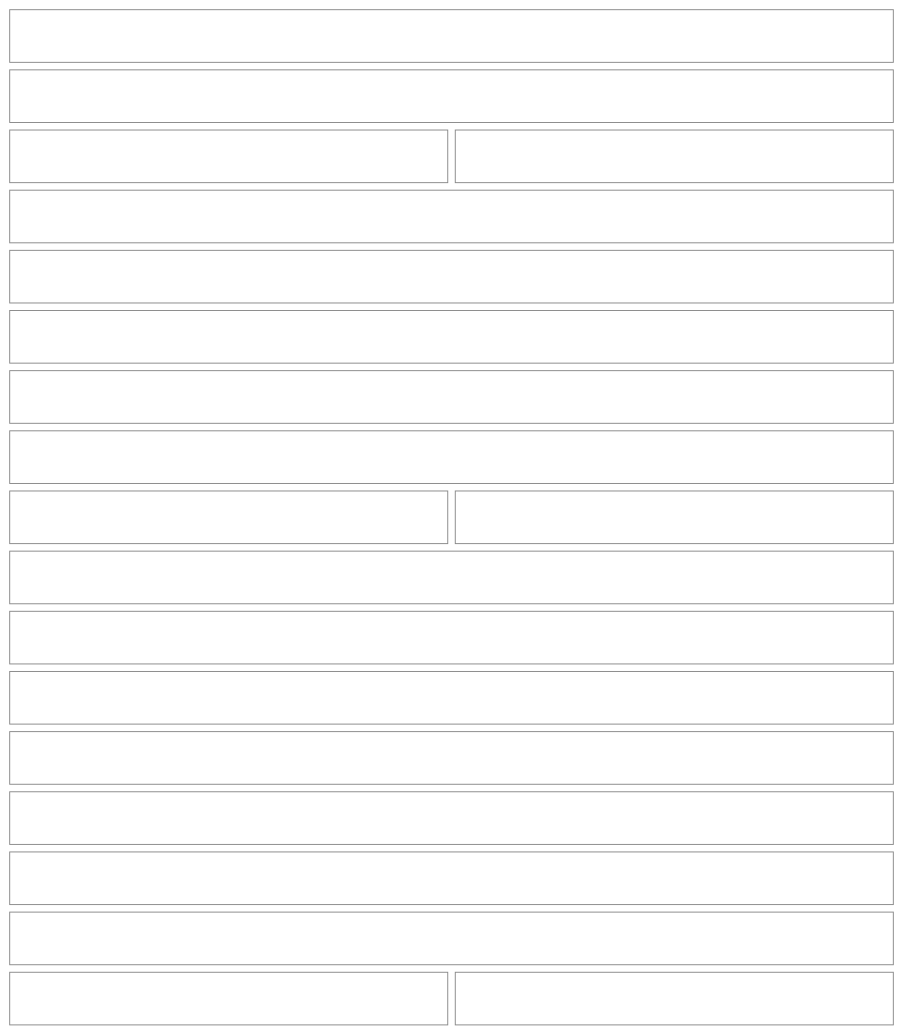
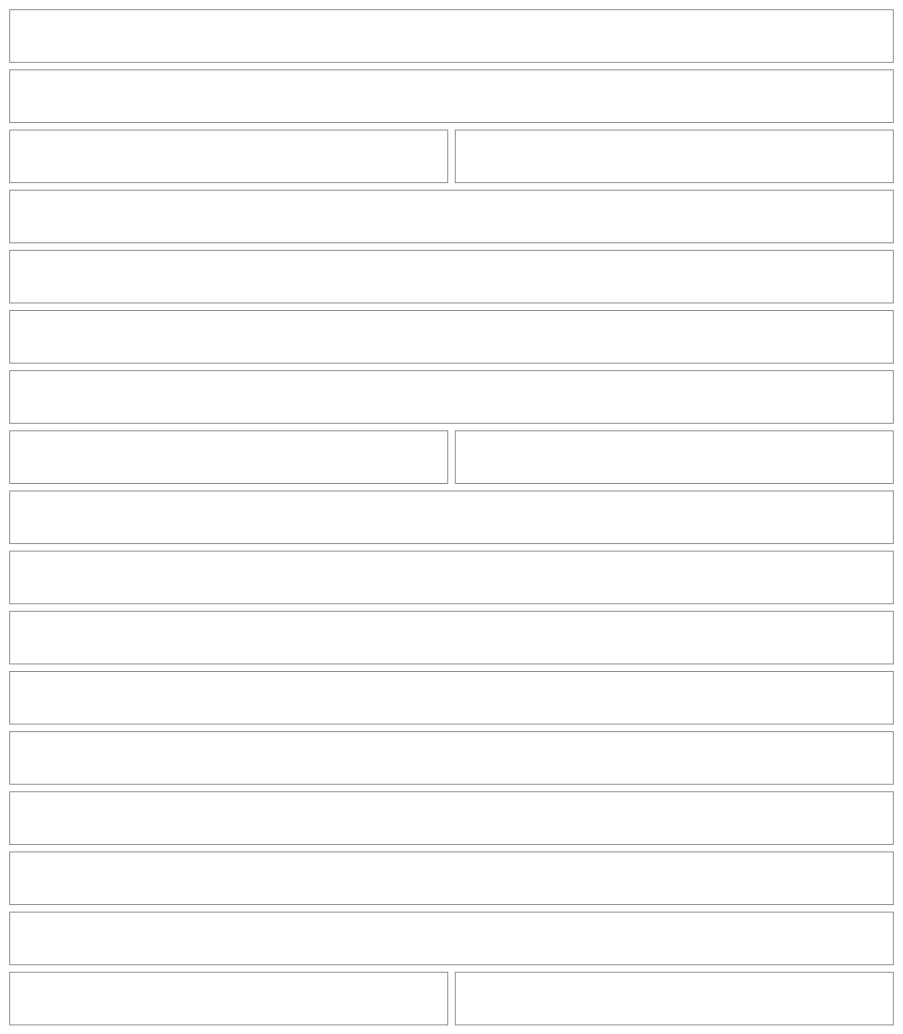
One commit to NovaMoonX/moondreams-dev-apps changed diagram 19 of 54 in src/apps/pinch/UX.md. Above: the diagram before and after it, drawn with Mermaid. The commit also changed other lines of this file and 163 other files, not shown here.

````diff
--- a/src/apps/pinch/UX.md
+++ b/src/apps/pinch/UX.md
@@ -624,45 +610,45 @@
 ```mermaid
 %%{init: {'theme': 'base', 'themeVariables': {'primaryColor': 'transparent', 'primaryBorderColor': '#888888', 'primaryTextColor': '#333333', 'lineColor': '#888888'}}}%%
 block-beta
   columns 2
   E1["‹ Adobo chicken"]:2
   E2["Title<br/>Adobo chicken  ›"]:2
   E3["Servings"]:1
   E4["[ − 4 + ]"]:1
   E5["Prep and cook<br/>Prep 10 min · Cook 35 min  ›"]:2
+  E7["Description<br/>Sticky, tangy chicken thighs…  ›"]:2
   E6["Photo"]:2
-  E7["Description<br/>Sticky, tangy chicken thighs…  ›"]:2
-  E19["WHERE IT'S FROM<br/>+ New source · Mom's recipe cards · NYT Cooking · Serious Eats"]:2
-  E9["INGREDIENTS 6"]:2
+  E9["INGREDIENTS (a count only past 10)"]:2
   E10["Chicken thighs"]:1
   E11["2 lb"]:1
   E12["+ Add ingredient"]:2
   E13["STEPS"]:2
   E14["+ Add a step"]:2
+  E19["WHERE IT'S FROM<br/>+ New source · Mom's recipe cards · Serious Eats (sources on a recipe)"]:2
   E21["Keeping it<br/>Fridge 3 days, freezer 3 months, reheating, tip  ›"]:2
   E15["NUTRITION · calculated, per serving   Edit"]:2
   E16["🔥 495 · 💪 61g · 🌾 3g · 🥑 25g"]:2
   E20["What changed and why? (only for a recipe you've cooked) · Optional. Saving adds a note with today's date and what you changed."]:2
   E17["Cancel"]:1
   E18["Save"]:1
   style E1 fill:transparent,stroke:#888888,stroke-width:1px;
   style E2 fill:transparent,stroke:#888888,stroke-width:1px;
   style E3 fill:transparent,stroke:#888888,stroke-width:1px;
   style E4 fill:transparent,stroke:#888888,stroke-width:1px;
   style E5 fill:transparent,stroke:#888888,stroke-width:1px;
   style E6 fill:transparent,stroke:#888888,stroke-width:1px;
   style E7 fill:transparent,stroke:#888888,stroke-width:1px;
   style E19 fill:transparent,stroke:#888888,stroke-width:1px;
   style E9 fill:transparent,stroke:#888888,stroke-width:1px;
   style E10 fill:transparent,stroke:#888888,stroke-width:1px;
   style E11 fill:transparent,stroke:#888888,stroke-width:1px;
   style E12 fill:transparent,stroke:#888888,stroke-width:1px;
   style E13 fill:transparent,stroke:#888888,stroke-width:1px;
   style E14 fill:transparent,stroke:#888888,stroke-width:1px;
   style E21 fill:transparent,stroke:#888888,stroke-width:1px;
   style E15 fill:transparent,stroke:#888888,stroke-width:1px;
   style E16 fill:transparent,stroke:#888888,stroke-width:1px;
   style E20 fill:transparent,stroke:#888888,stroke-width:1px;
   style E17 fill:transparent,stroke:#888888,stroke-width:1px;
   style E18 fill:transparent,stroke:#888888,stroke-width:1px;
 ```
````
